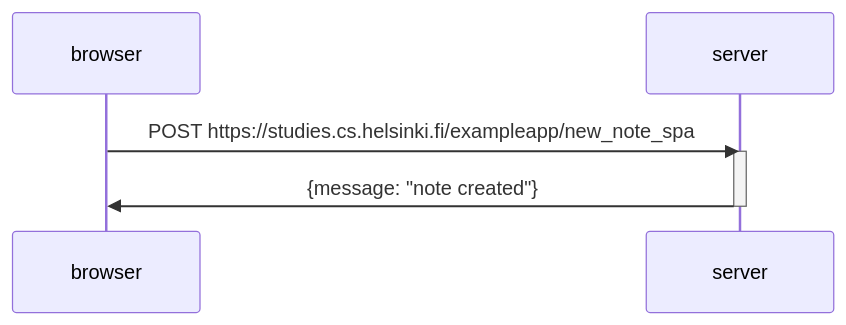
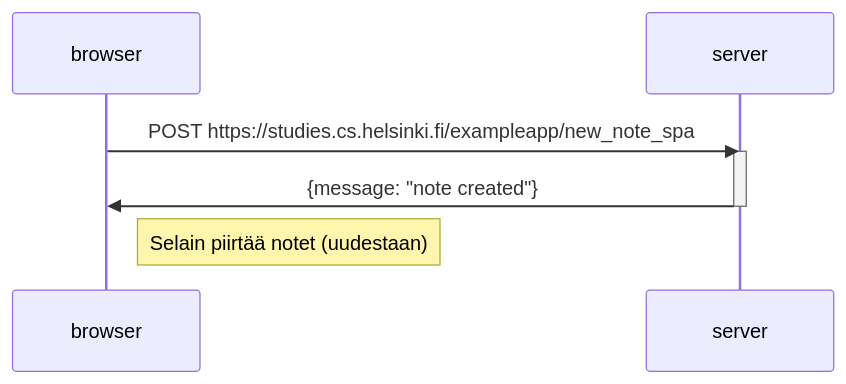
One commit to Teemu0/FullStackOpen changed the diagram in FullStackOpen/osa0/06.md. Above: the diagram before and after it, drawn with Mermaid.

Commit message:
Tehtävä 0.6 valmis

````diff
--- a/FullStackOpen/osa0/06.md
+++ b/FullStackOpen/osa0/06.md
@@ -2,11 +2,11 @@
 ```mermaid
 sequenceDiagram
     participant browser
     participant server
 
         browser->>server: POST https://studies.cs.helsinki.fi/exampleapp/new_note_spa
         activate server
         server->>browser: {message: "note created"}
         deactivate server
-        
+        Note right of browser: Selain piirtää notet (uudestaan)
 ```
````
